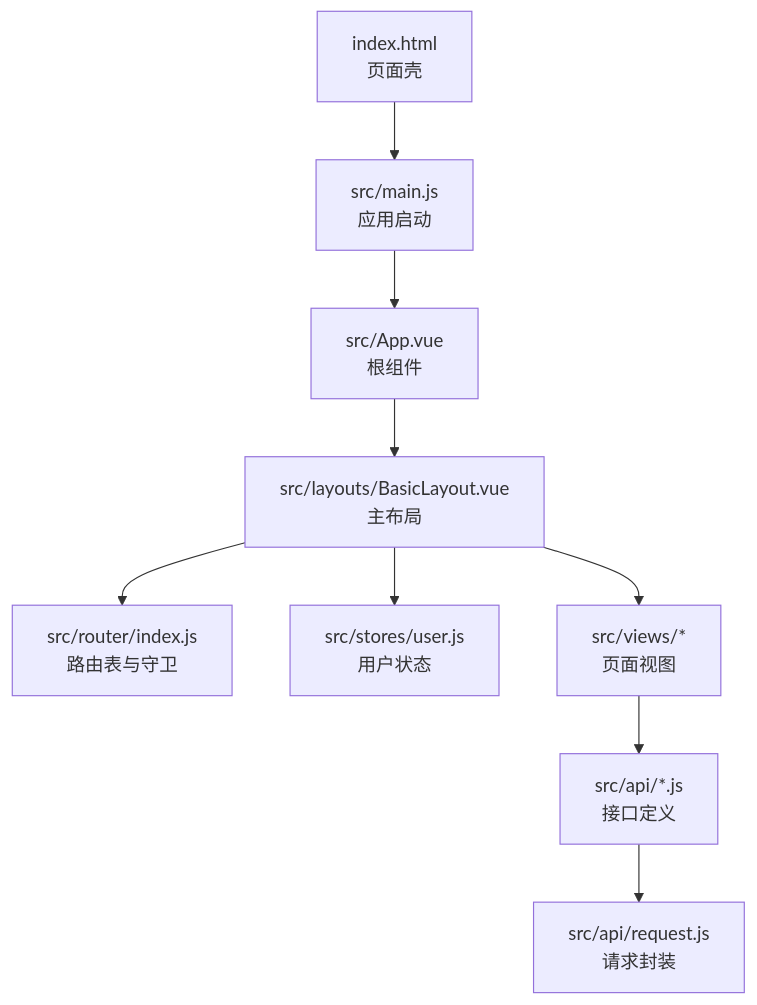
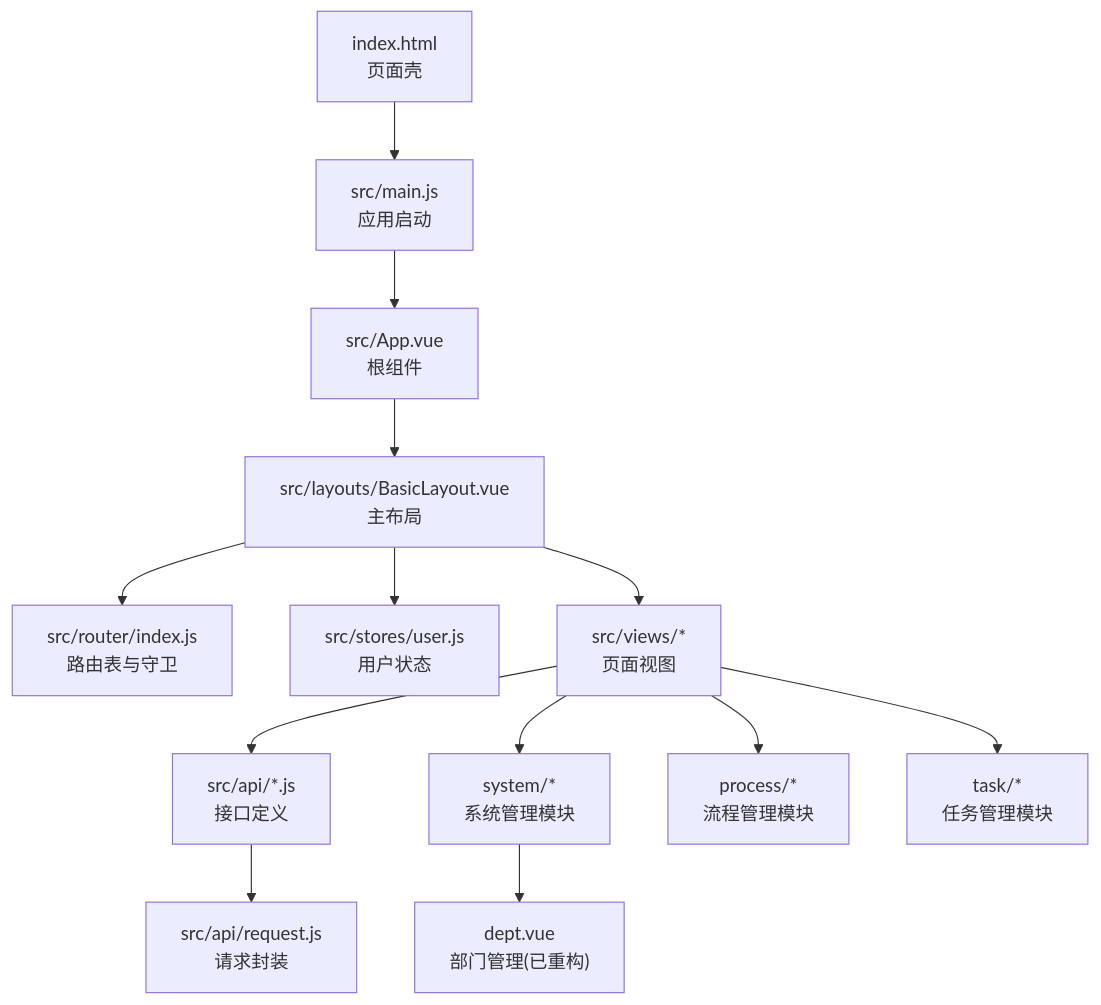
The first of 7 diagrams in .qoder/repowiki/zh/content/用户界面设计/管理后台架构.md (liming-lihaini/workflow), drawn with Mermaid before and after one commit. The commit also changed other lines of this file and 25 other files, not shown here.

````diff
--- a/.qoder/repowiki/zh/content/用户界面设计/管理后台架构.md
+++ b/.qoder/repowiki/zh/content/用户界面设计/管理后台架构.md
@@ -43,11 +56,15 @@
 ```mermaid
 graph TB
 A["index.html<br/>页面壳"] --> B["src/main.js<br/>应用启动"]
 B --> C["src/App.vue<br/>根组件"]
 C --> D["src/layouts/BasicLayout.vue<br/>主布局"]
 D --> E["src/router/index.js<br/>路由表与守卫"]
 D --> F["src/stores/user.js<br/>用户状态"]
 D --> G["src/views/*<br/>页面视图"]
 G --> H["src/api/*.js<br/>接口定义"]
 H --> I["src/api/request.js<br/>请求封装"]
+G --> J["system/*<br/>系统管理模块"]
+J --> K["dept.vue<br/>部门管理(已重构)"]
+G --> L["process/*<br/>流程管理模块"]
+G --> M["task/*<br/>任务管理模块"]
 ```
````
